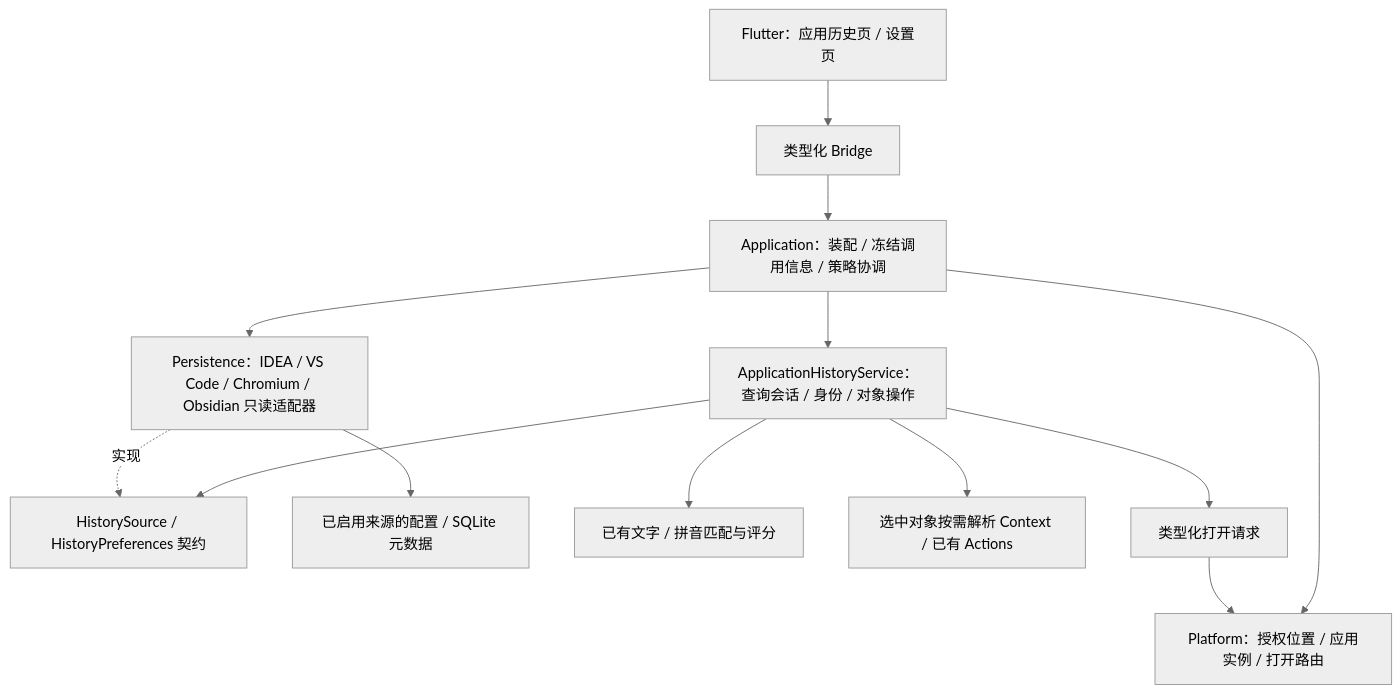
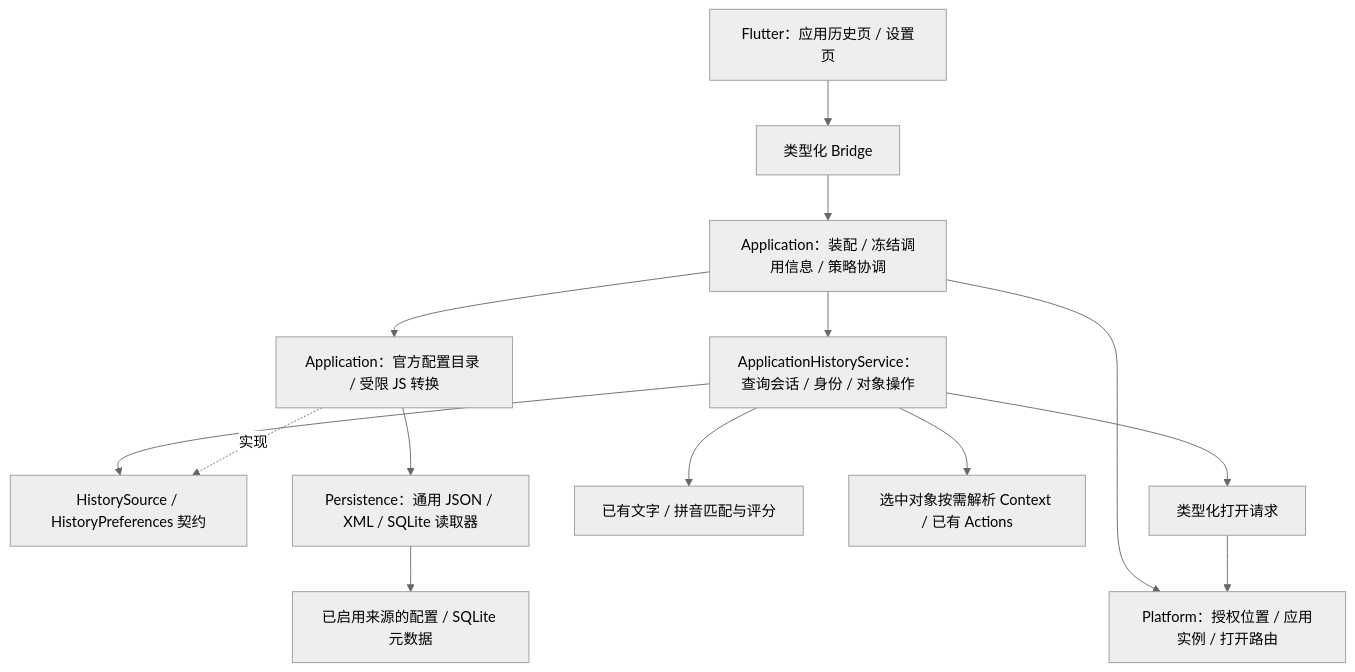
The diagram in docs/mvp-v0.14.md (FantasyDream/Anywhere), drawn with Mermaid (neutral theme) before and after one commit. The commit also changed other lines of this file and 67 other files, not shown here.

````diff
--- a/docs/mvp-v0.14.md
+++ b/docs/mvp-v0.14.md
@@ -31,15 +31,16 @@
 ```mermaid
 flowchart TB
     UI[Flutter：应用历史页 / 设置页] --> Bridge[类型化 Bridge]
     Bridge --> App[Application：装配 / 冻结调用信息 / 策略协调]
     App --> Service[ApplicationHistoryService：查询会话 / 身份 / 对象操作]
     Service --> Contract[HistorySource / HistoryPreferences 契约]
-    Readers[Persistence：IDEA / VS Code / Chromium / Obsidian 只读适配器] -.实现.-> Contract
-    App --> Readers
+    Loader[Application：官方配置目录 / 受限 JS 转换] -.实现.-> Contract
+    App --> Loader
+    Loader --> Readers[Persistence：通用 JSON / XML / SQLite 读取器]
     App --> Platform[Platform：授权位置 / 应用实例 / 打开路由]
     Readers --> External[已启用来源的配置 / SQLite 元数据]
     Service --> Match[已有文字 / 拼音匹配与评分]
     Service --> Context[选中对象按需解析 Context / 已有 Actions]
     Service --> Open[类型化打开请求]
     Open --> Platform
 ```
````
